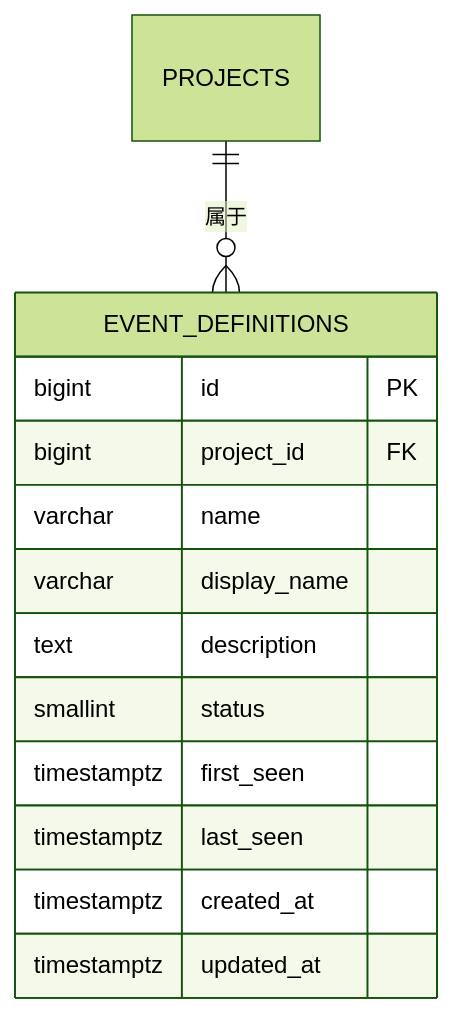
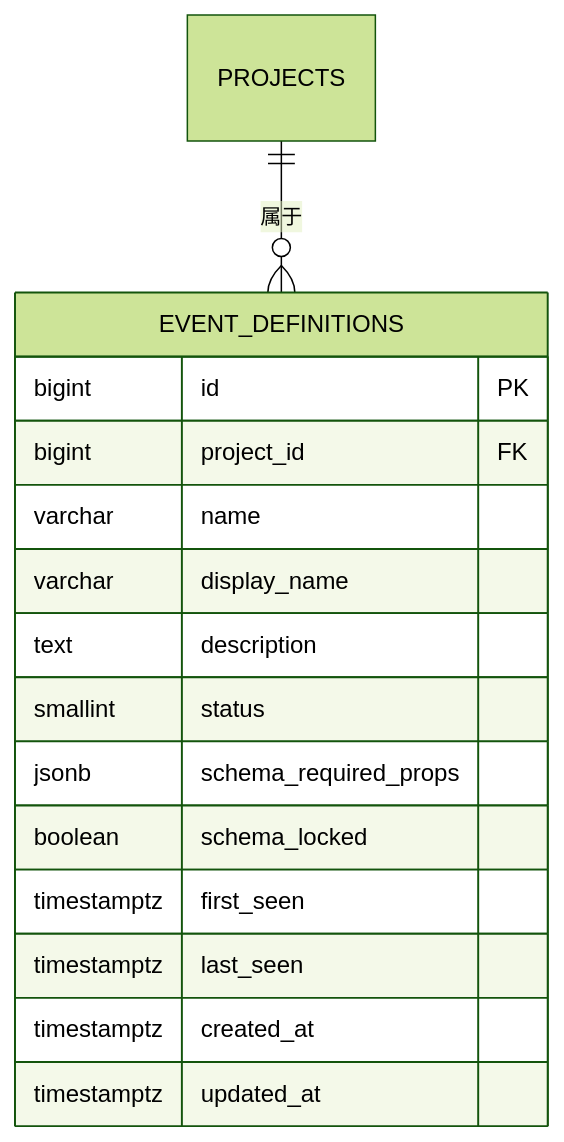
Before and after one commit to zhen-zhong/AeroLog: the fourth of 11 diagrams in .qoder/repowiki/zh/content/Web控制台/事件管理功能.md, drawn with Mermaid (forest theme). The commit also changed other lines of this file and 130 other files, not shown here.

````diff
--- a/.qoder/repowiki/zh/content/Web控制台/事件管理功能.md
+++ b/.qoder/repowiki/zh/content/Web控制台/事件管理功能.md
@@ -174,16 +212,18 @@
 ```mermaid
 erDiagram
 PROJECTS ||--o{ EVENT_DEFINITIONS : "属于"
 EVENT_DEFINITIONS {
 bigint id PK
 bigint project_id FK
 varchar name
 varchar display_name
 text description
 smallint status
+jsonb schema_required_props
+boolean schema_locked
 timestamptz first_seen
 timestamptz last_seen
 timestamptz created_at
 timestamptz updated_at
 }
 ```
````
